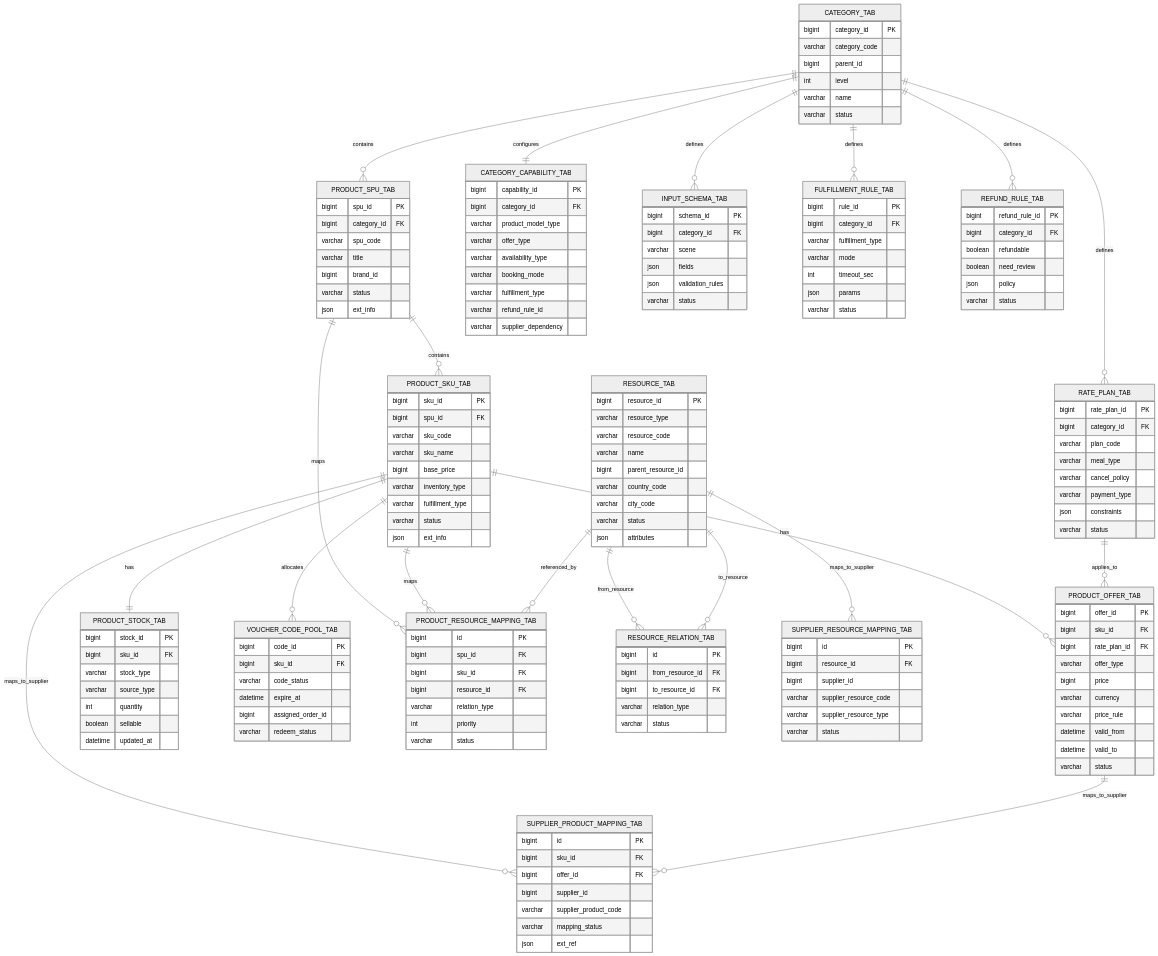
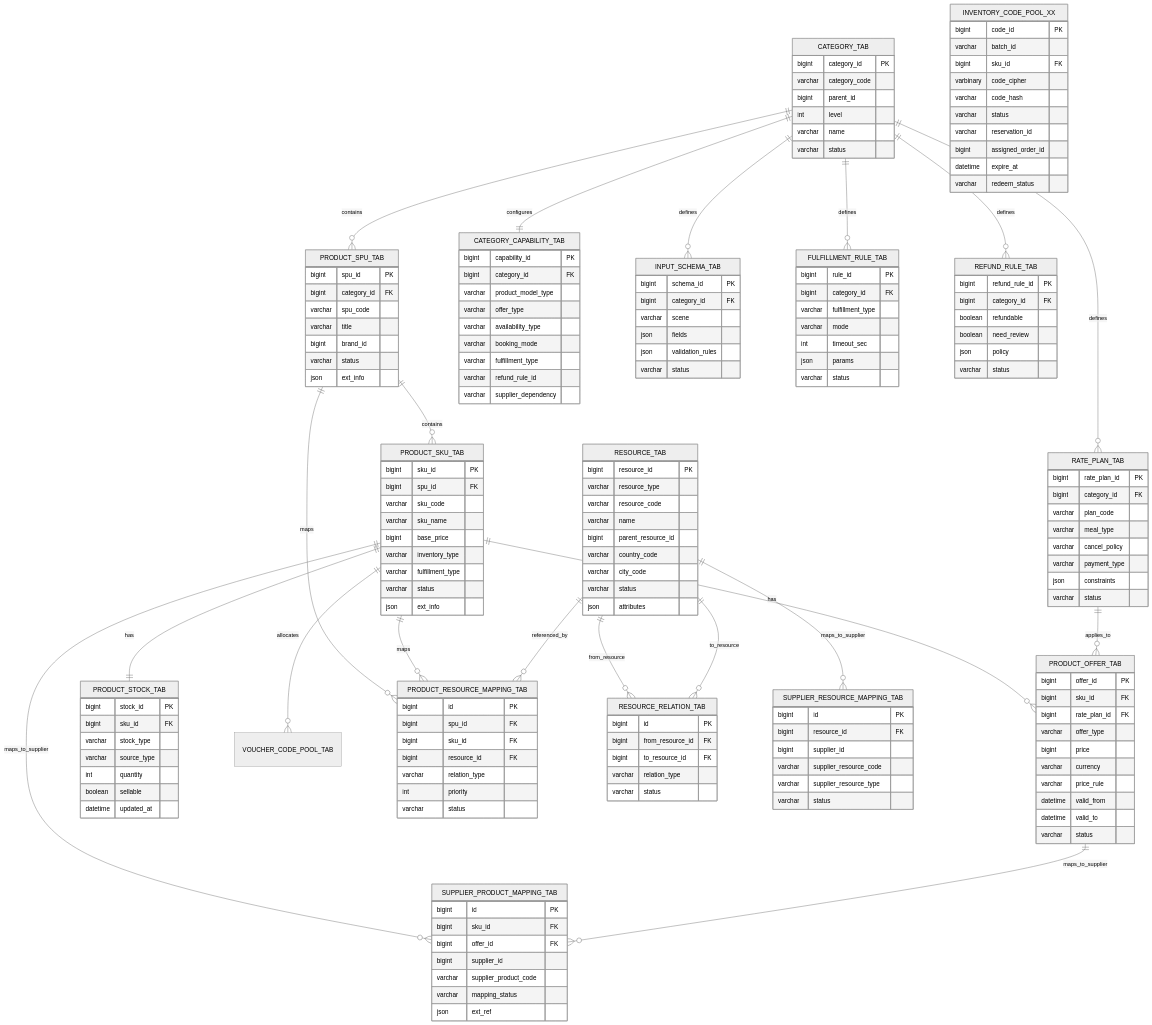
One commit to wxquare/wxquare.github.io changed the third of 5 diagrams in ecommerce-book/src/part3/chapter16.md. Above: the diagram before and after it, drawn with Mermaid (neutral theme). The commit also changed other lines of this file and 17 other files, not shown here.

```diff
--- a/ecommerce-book/src/part3/chapter16.md
+++ b/ecommerce-book/src/part3/chapter16.md
@@ -1558,12 +1567,16 @@
         datetime updated_at
     }
 
-    VOUCHER_CODE_POOL_TAB {
+    INVENTORY_CODE_POOL_XX {
         bigint code_id PK
+        varchar batch_id
         bigint sku_id FK
-        varchar code_status
+        varbinary code_cipher
+        varchar code_hash
+        varchar status
+        varchar reservation_id
+        bigint assigned_order_id
         datetime expire_at
-        bigint assigned_order_id
         varchar redeem_status
     }
 
```
